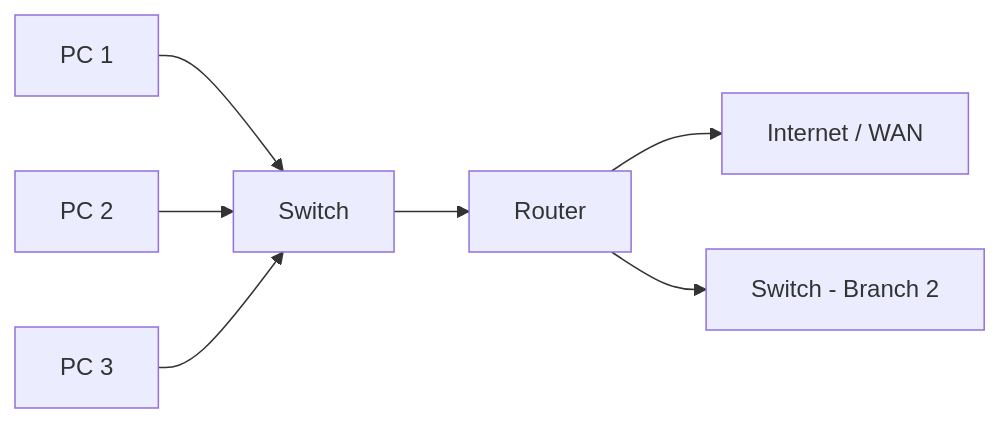
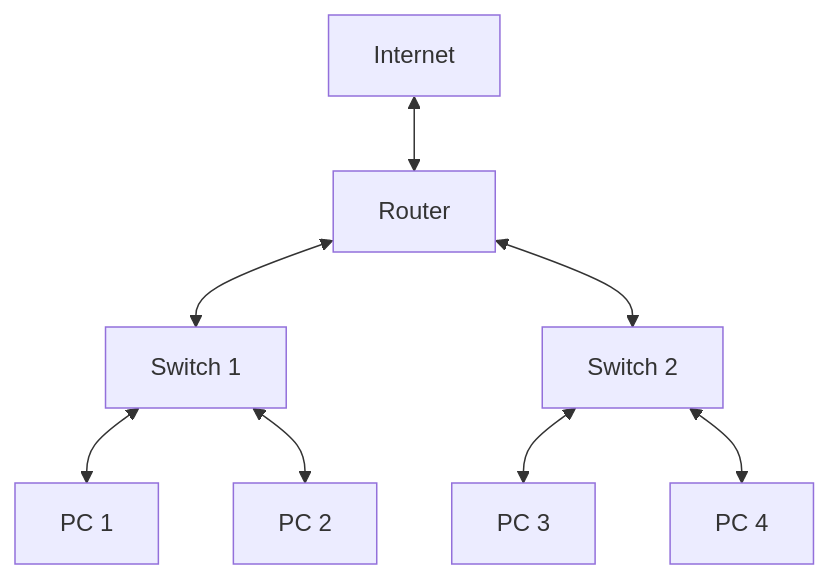
One commit to ammaryasser28/Introduction-To-Cyber-Security changed the tenth of 14 diagrams in Operating Systems & Networking Fundamentals.md. Above: the diagram before and after it, drawn with Mermaid. The commit also changed other lines of this file, not shown here.

````diff
--- a/Operating Systems & Networking Fundamentals.md
+++ b/Operating Systems & Networking Fundamentals.md
@@ -366,9 +302,19 @@
 ```mermaid
-graph LR
-    PC1[PC 1] --> SW[Switch]
-    PC2[PC 2] --> SW
-    PC3[PC 3] --> SW
-    SW --> RT[Router]
-    RT --> INTERNET[Internet / WAN]
-    RT --> SW2[Switch - Branch 2]
+graph TD
+    INT["Internet"]
+    RT["Router"]
+    SW1["Switch 1"]
+    SW2["Switch 2"]
+    PC1["PC 1"]
+    PC2["PC 2"]
+    PC3["PC 3"]
+    PC4["PC 4"]
+
+    INT <--> RT
+    RT <--> SW1
+    RT <--> SW2
+    SW1 <--> PC1
+    SW1 <--> PC2
+    SW2 <--> PC3
+    SW2 <--> PC4
 ```
````
